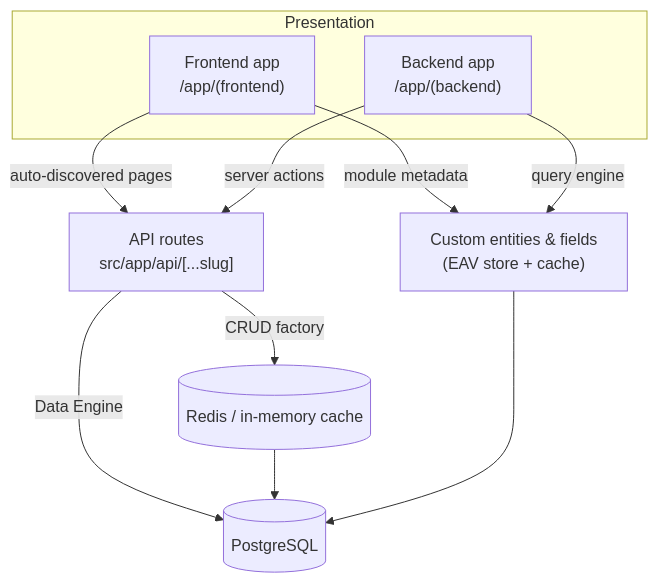
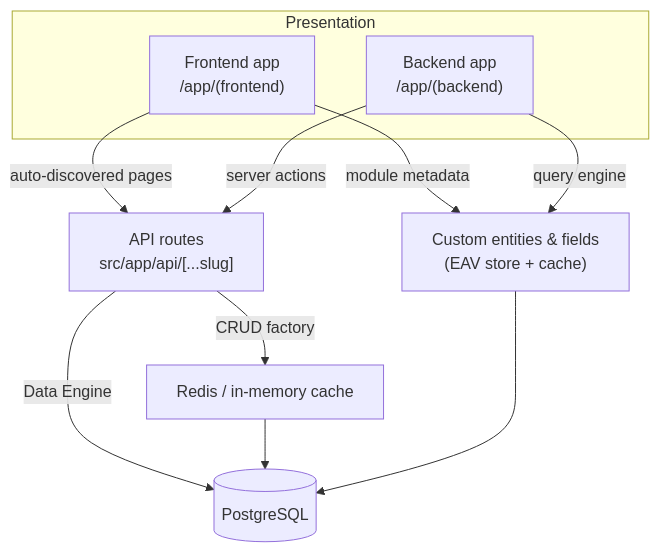
The second of 3 diagrams in docs/docs/architecture/system-overview.mdx (open-mercato/open-mercato), drawn with Mermaid before and after one commit. The commit also changed 12 other files, not shown here.

````diff
--- a/docs/docs/architecture/system-overview.mdx
+++ b/docs/docs/architecture/system-overview.mdx
@@ -55,20 +55,20 @@
 ```mermaid
 flowchart TD
     subgraph Presentation
         FE["Frontend app<br/>/app/(frontend)"]
         BE["Backend app<br/>/app/(backend)"]
     end
     API["API routes\nsrc/app/api/[...slug]"]
     CE["Custom entities & fields\n(EAV store + cache)"]
-    CACHE[("Redis / in-memory cache")]
+    CACHE["Redis / in-memory cache"]
     DB[(PostgreSQL)]
 
     FE -->|auto-discovered pages| API
     BE -->|server actions| API
     FE -->|module metadata| CE
     BE -->|query engine| CE
     API -->|CRUD factory| CACHE
     API -->|Data Engine| DB
     CACHE --> DB
     CE --> DB
 ```
````
